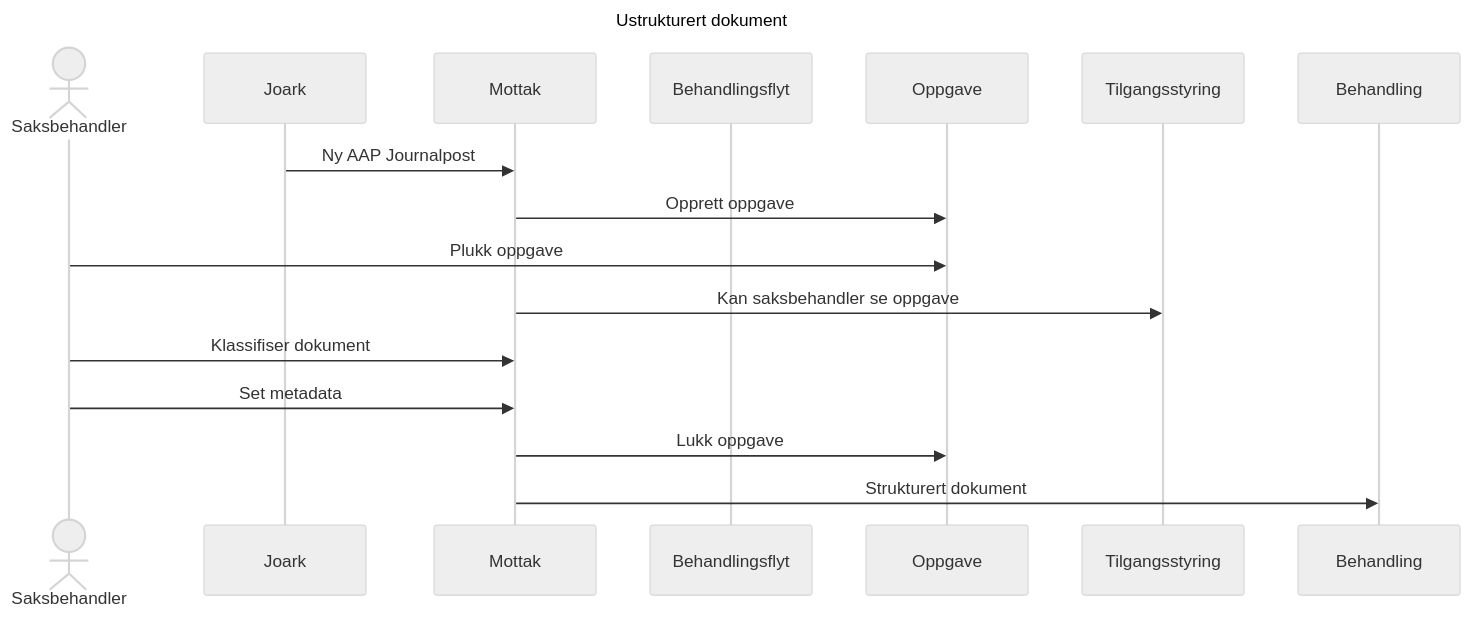
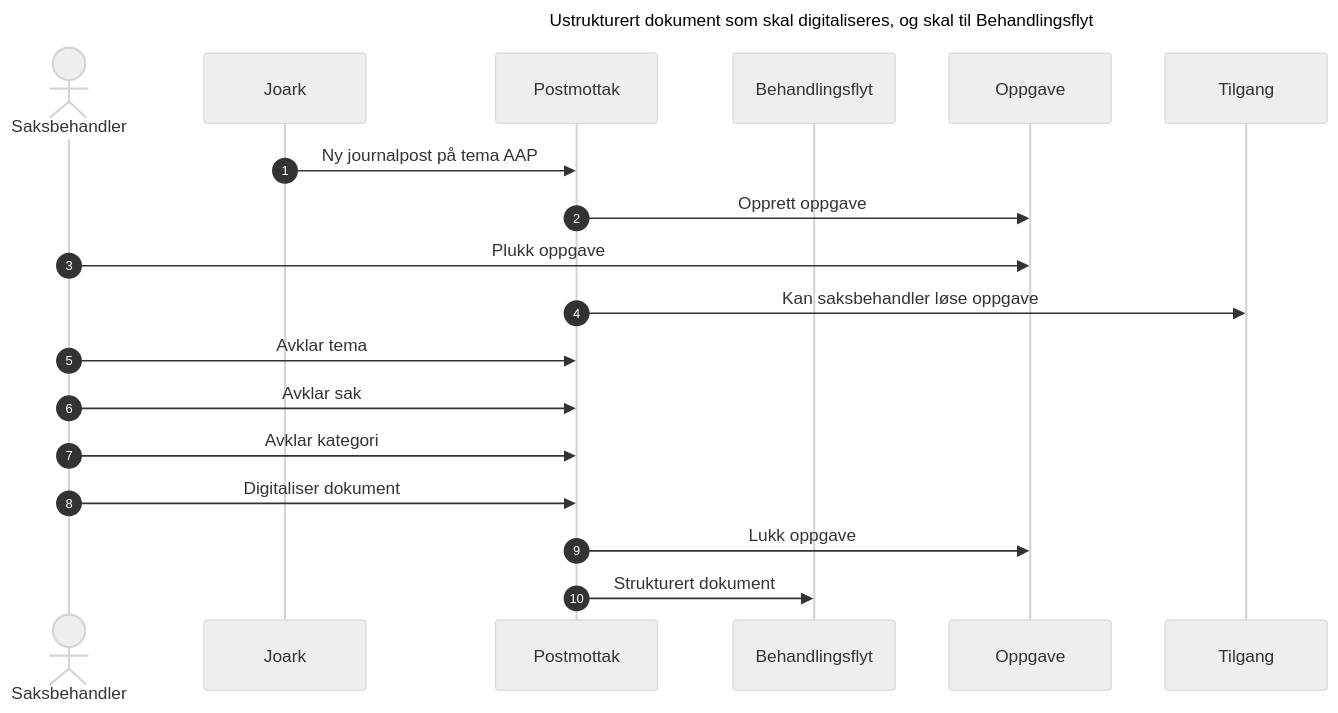
The fourth of 4 diagrams in docs/funksjonalitet/12_Postmottak/teknisk.md (navikt/aap-intern-sysdok), drawn with Mermaid (neutral theme) before and after one commit. The commit also changed other lines of this file, not shown here.

Commit message:
Oppdater teknisk beskrivelse for postmottak

````diff
--- a/docs/funksjonalitet/12_Postmottak/teknisk.md
+++ b/docs/funksjonalitet/12_Postmottak/teknisk.md
@@ -40,21 +104,24 @@
 ```mermaid
 ---
- title: Ustrukturert dokument
+ title: Ustrukturert dokument som skal digitaliseres, og skal til Behandlingsflyt
 ---
     sequenceDiagram
+        autonumber
         actor Saksbehandler
         participant Joark
-        participant Mottak
+        participant Postmottak
         participant Behandlingsflyt
         participant Oppgave
-        participant Tilgangsstyring
-        Joark->>Mottak: Ny AAP Journalpost
-        Mottak->>Oppgave: Opprett oppgave
+        participant Tilgang
+        Joark->>Postmottak: Ny journalpost på tema AAP
+        Postmottak->>Oppgave: Opprett oppgave
         Saksbehandler->>Oppgave: Plukk oppgave
-        Mottak->>Tilgangsstyring: Kan saksbehandler se oppgave
-        Saksbehandler->>Mottak: Klassifiser dokument
-        Saksbehandler->>Mottak: Set metadata
-        Mottak->>Oppgave: Lukk oppgave
-        Mottak->>Behandling: Strukturert dokument
+        Postmottak->>Tilgang: Kan saksbehandler løse oppgave
+        Saksbehandler->>Postmottak: Avklar tema
+        Saksbehandler->>Postmottak: Avklar sak
+        Saksbehandler->>Postmottak: Avklar kategori
+        Saksbehandler->>Postmottak: Digitaliser dokument
+        Postmottak->>Oppgave: Lukk oppgave
+        Postmottak->>Behandlingsflyt: Strukturert dokument
         
 ```
````
